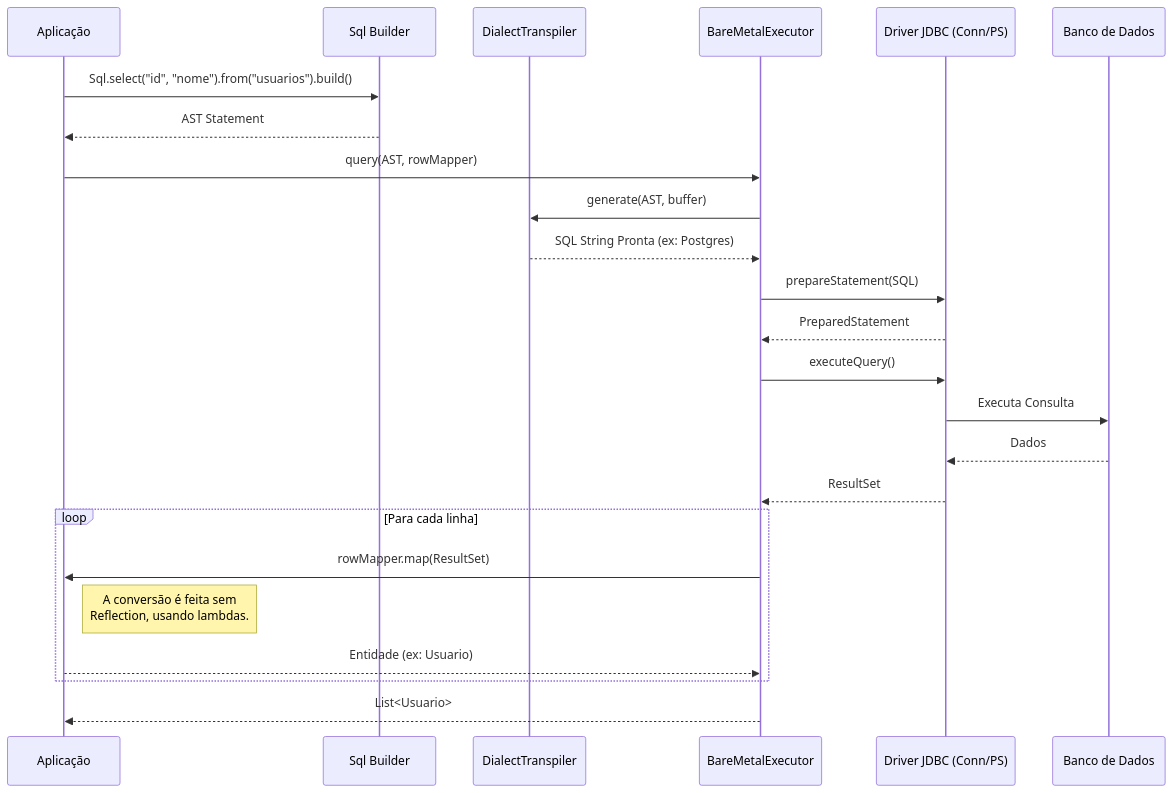
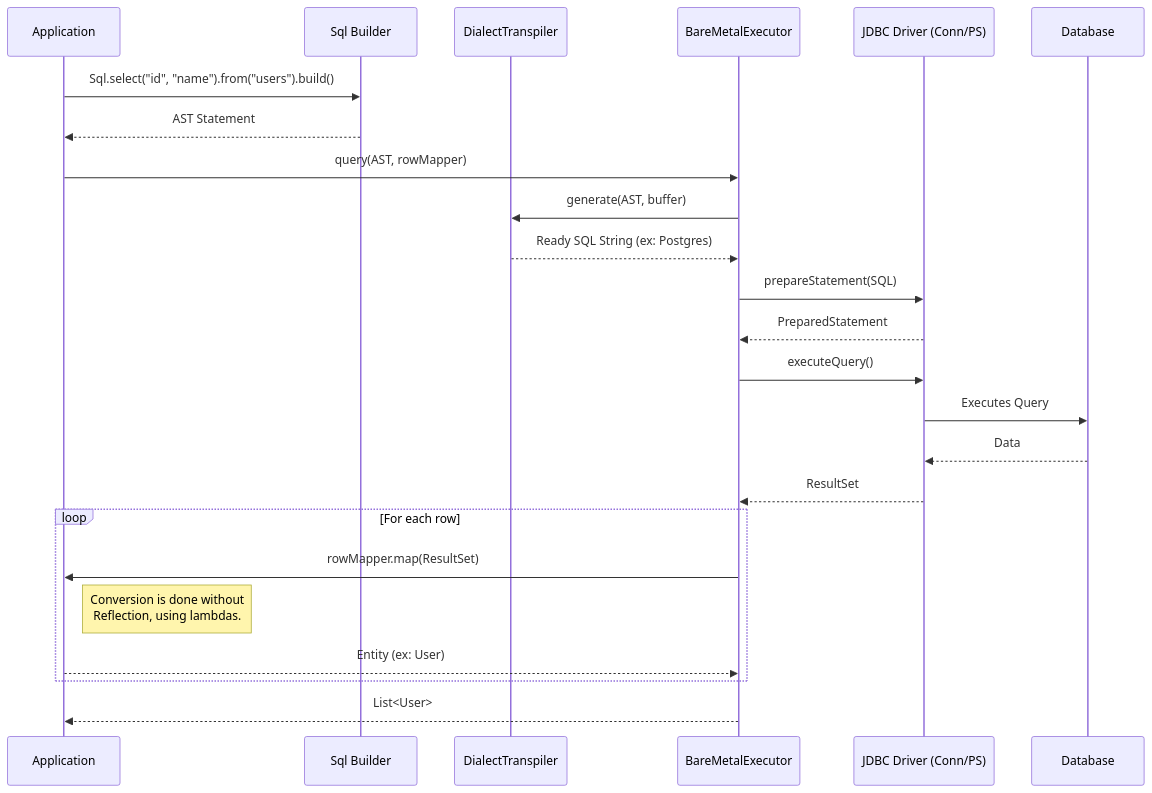
One commit to Bare-Sql-Engine/bare-sql-java changed the third of 3 diagrams in README.md. Above: the diagram before and after it, drawn with Mermaid. The commit also changed other lines of this file and 1 other file, not shown here.

````diff
--- a/README.md
+++ b/README.md
@@ -99,32 +99,32 @@
 ```mermaid
 sequenceDiagram
-    participant App as Aplicação
+    participant App as Application
     participant Builder as Sql Builder
     participant Transpiler as DialectTranspiler
     participant Executor as BareMetalExecutor
-    participant JDBC as Driver JDBC (Conn/PS)
-    participant DB as Banco de Dados
+    participant JDBC as JDBC Driver (Conn/PS)
+    participant DB as Database
     
-    App->>Builder: Sql.select("id", "nome").from("usuarios").build()
+    App->>Builder: Sql.select("id", "name").from("users").build()
     Builder-->>App: AST Statement
     
     App->>Executor: query(AST, rowMapper)
     Executor->>Transpiler: generate(AST, buffer)
-    Transpiler-->>Executor: SQL String Pronta (ex: Postgres)
+    Transpiler-->>Executor: Ready SQL String (ex: Postgres)
     
     Executor->>JDBC: prepareStatement(SQL)
     JDBC-->>Executor: PreparedStatement
     
     Executor->>JDBC: executeQuery()
-    JDBC->>DB: Executa Consulta
-    DB-->>JDBC: Dados
+    JDBC->>DB: Executes Query
+    DB-->>JDBC: Data
     JDBC-->>Executor: ResultSet
     
-    loop Para cada linha
+    loop For each row
         Executor->>App: rowMapper.map(ResultSet)
-        Note right of App: A conversão é feita sem <br/>Reflection, usando lambdas.
-        App-->>Executor: Entidade (ex: Usuario)
+        Note right of App: Conversion is done without <br/>Reflection, using lambdas.
+        App-->>Executor: Entity (ex: User)
     end
     
-    Executor-->>App: List<Usuario>
+    Executor-->>App: List<User>
 ```
````
